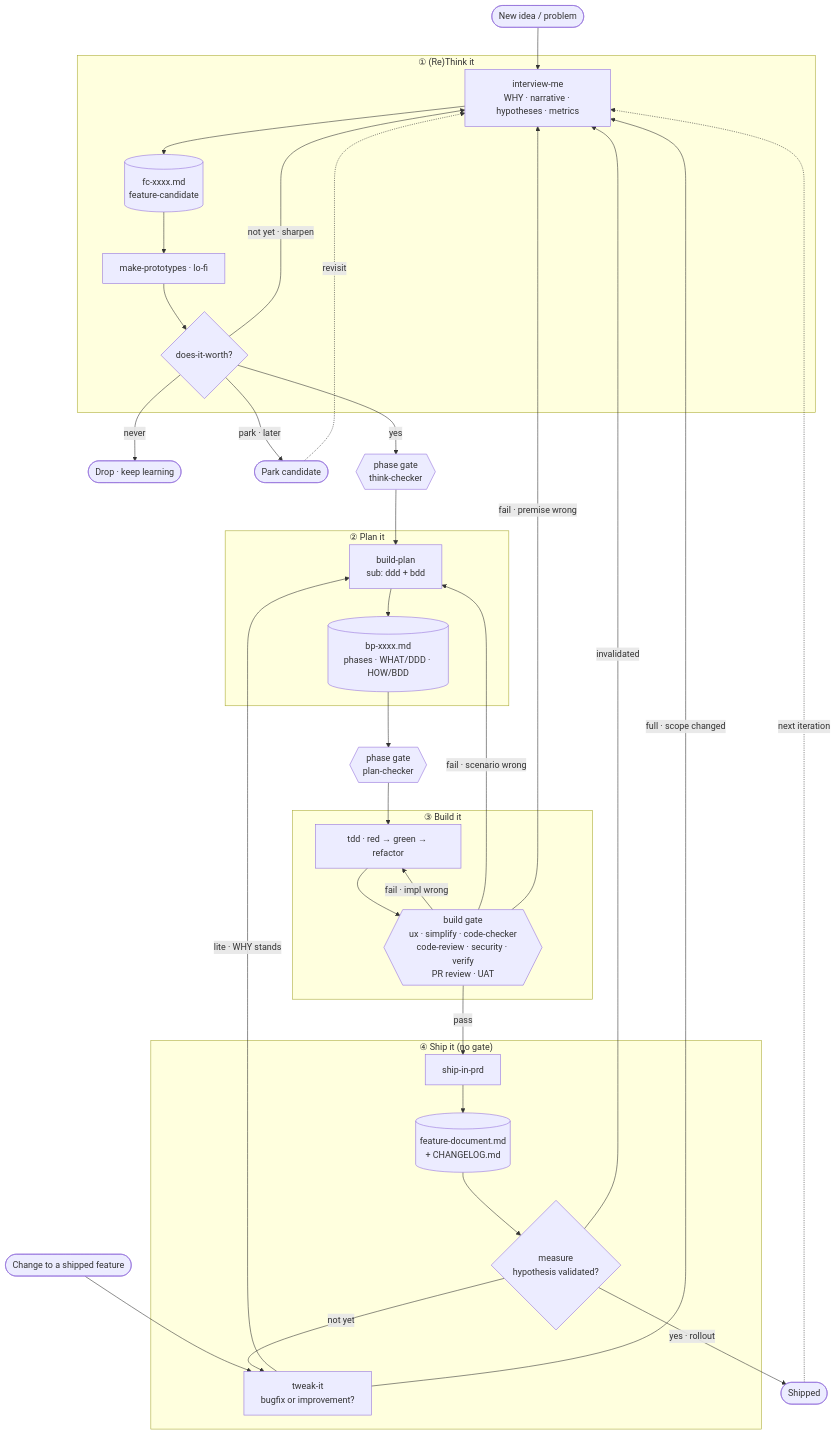
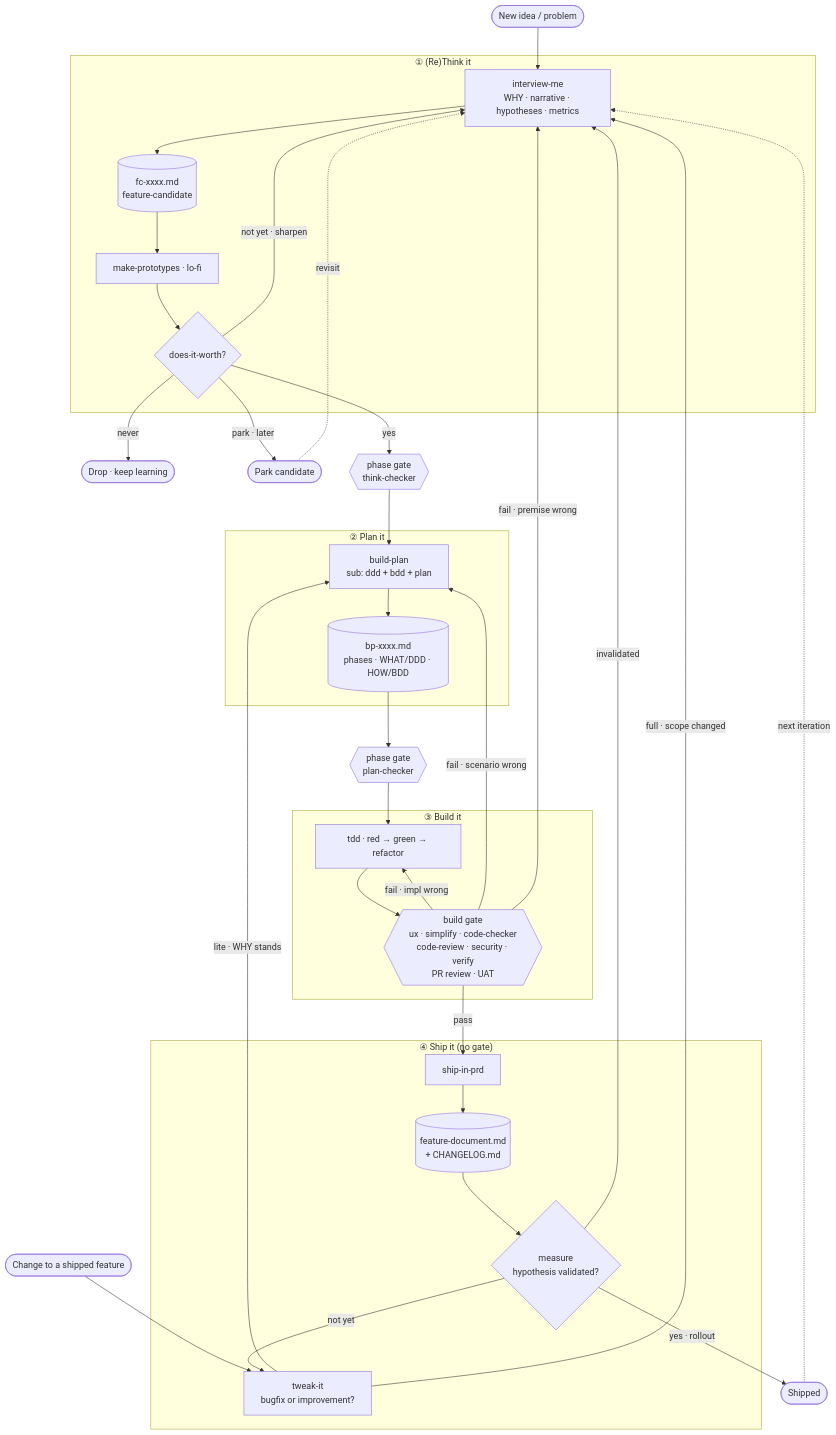
One commit to giovannibeltrame/buildloop changed the second of 2 diagrams in _brainstorm.md. Above: the diagram before and after it, drawn with Mermaid. The commit also changed other lines of this file, not shown here.

````diff
--- a/_brainstorm.md
+++ b/_brainstorm.md
@@ -124,47 +128,47 @@
 ```mermaid
 flowchart TD
     NEW([New idea / problem]) --> IM
     CHG([Change to a shipped feature]) --> TI
 
     subgraph RT["① (Re)Think it"]
         IM[interview-me<br/>WHY · narrative · hypotheses · metrics] --> FC[(fc-xxxx.md<br/>feature-candidate)]
         FC --> MP[make-prototypes · lo-fi]
         MP --> DIW{does-it-worth?}
     end
 
     DIW -->|never| DROP([Drop · keep learning])
     DIW -->|not yet · sharpen| IM
     DIW -->|park · later| PARK([Park candidate])
     DIW -->|yes| TKC{{phase gate<br/>think-checker}}
     PARK -.revisit.-> IM
 
     TKC --> BPL
 
     subgraph PL["② Plan it"]
-        BPL[build-plan<br/>sub: ddd + bdd] --> BP[(bp-xxxx.md<br/>phases · WHAT/DDD · HOW/BDD)]
+        BPL[build-plan<br/>sub: ddd + bdd + plan] --> BP[(bp-xxxx.md<br/>phases · WHAT/DDD · HOW/BDD)]
     end
 
     BP --> PLC{{phase gate<br/>plan-checker}}
     PLC --> TDD
 
     subgraph BT["③ Build it"]
         TDD[tdd · red → green → refactor] --> BG{{build gate<br/>ux · simplify · code-checker<br/>code-review · security · verify<br/>PR review · UAT}}
         BG -->|fail · impl wrong| TDD
     end
 
     BG -->|fail · scenario wrong| BPL
     BG -->|fail · premise wrong| IM
     BG -->|pass| BIP
 
     subgraph SH["④ Ship it (no gate)"]
         BIP[ship-in-prd] --> FD[(feature-document.md<br/>+ CHANGELOG.md)]
         FD --> MEAS{measure<br/>hypothesis validated?}
         MEAS -->|not yet| TI[tweak-it<br/>bugfix or improvement?]
     end
 
     MEAS -->|yes · rollout| DONE([Shipped])
     MEAS -->|invalidated| IM
     TI -->|lite · WHY stands| BPL
     TI -->|full · scope changed| IM
     DONE -.next iteration.-> IM
 ```
````
